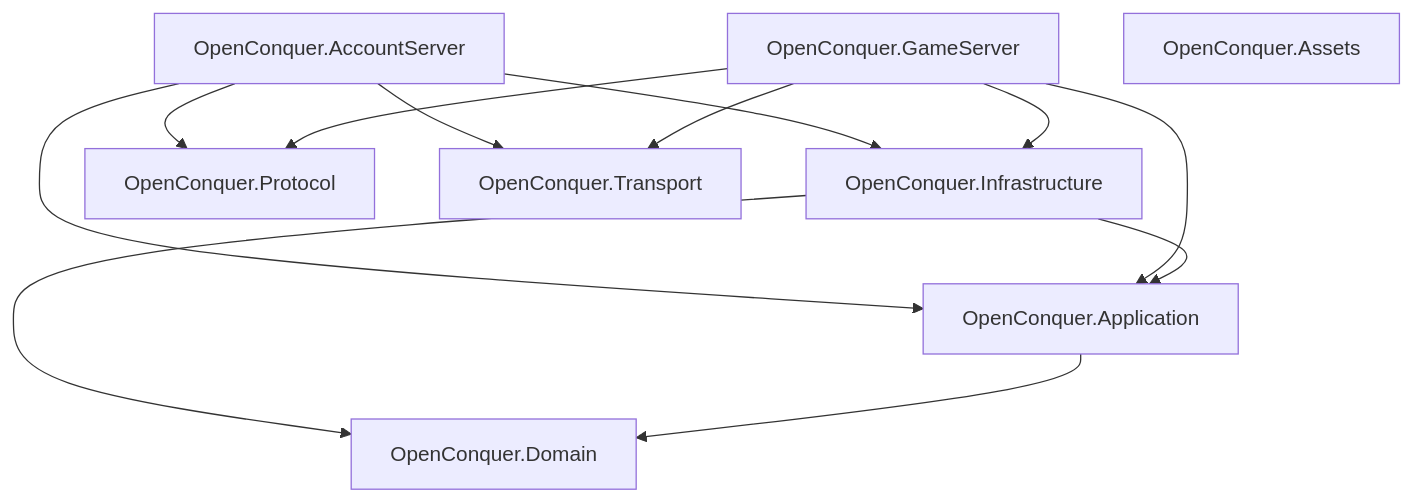
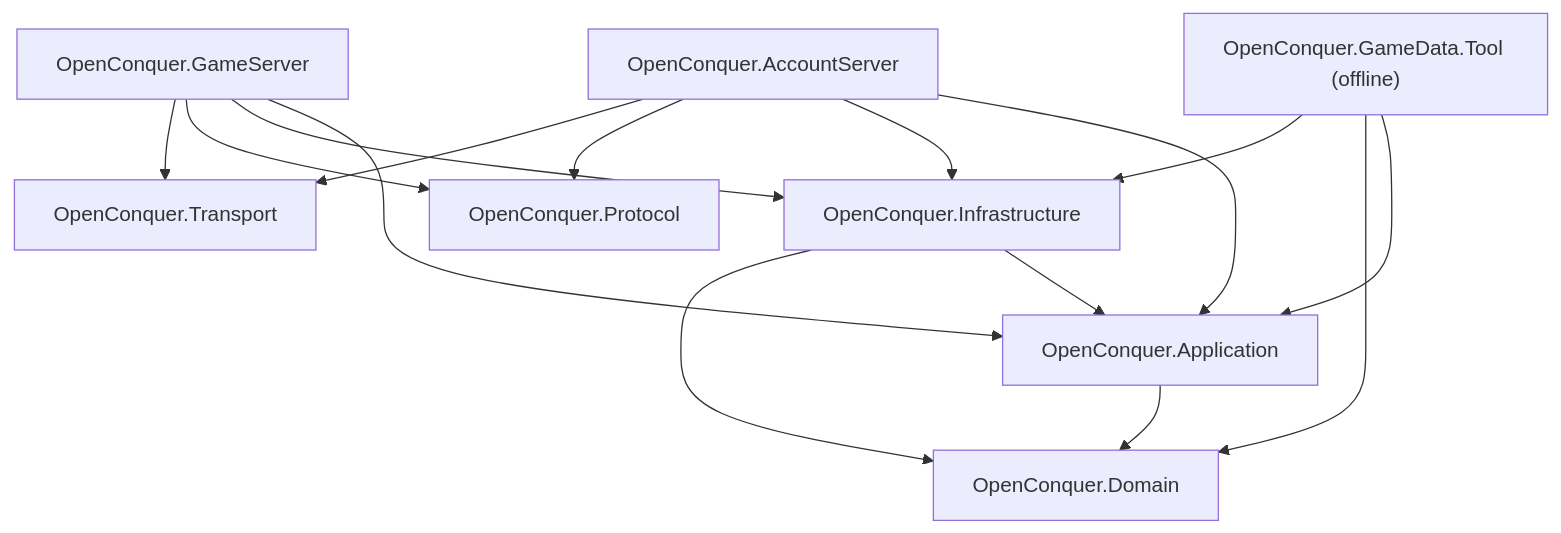
One commit to berniemackie97/OpenConquerServer changed the diagram in README.md. Above: the diagram before and after it, drawn with Mermaid. The commit also changed other lines of this file and 30 other files, not shown here.

First line of the commit message:
move assets project to the tool project (#107)

````diff
--- a/README.md
+++ b/README.md
@@ -28,27 +28,30 @@
 ```mermaid
 flowchart TD
     AccountServer["OpenConquer.AccountServer"]
     GameServer["OpenConquer.GameServer"]
 
     Application["OpenConquer.Application"]
     Domain["OpenConquer.Domain"]
     Infrastructure["OpenConquer.Infrastructure"]
 
     Protocol["OpenConquer.Protocol"]
     Transport["OpenConquer.Transport"]
-    Assets["OpenConquer.Assets"]
+    GameDataTool["OpenConquer.GameData.Tool (offline)"]
 
     AccountServer --> Application
     AccountServer --> Infrastructure
     AccountServer --> Protocol
     AccountServer --> Transport
 
     GameServer --> Application
     GameServer --> Infrastructure
     GameServer --> Protocol
     GameServer --> Transport
 
     Infrastructure --> Application
     Infrastructure --> Domain
+    GameDataTool --> Application
+    GameDataTool --> Domain
+    GameDataTool --> Infrastructure
     Application --> Domain
 ```
````
